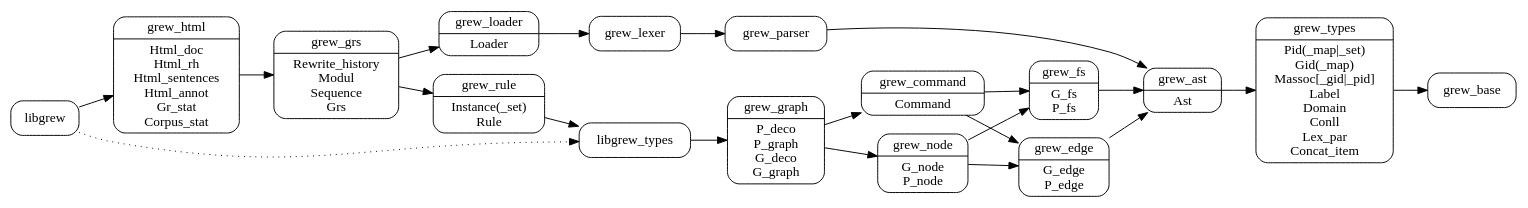
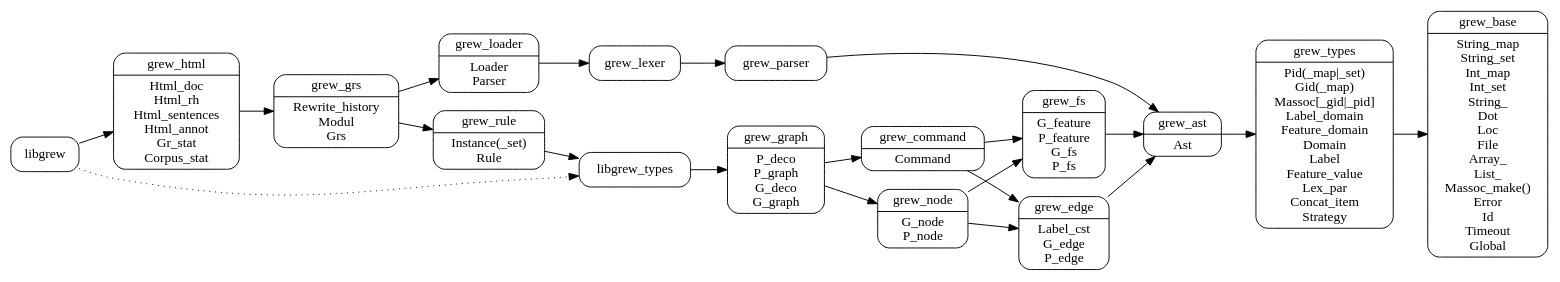
One commit to grew-nlp/grewlib changed the diagram in dev/arch.dot. Above: the diagram before and after it, drawn with Graphviz.

Commit message:
update arch

```diff
--- a/dev/arch.dot
+++ b/dev/arch.dot
@@ -1,34 +1,34 @@
 digraph grew {
   node [shape=Mrecord];
   rankdir = LR;
-  grew_base
-  grew_types [label="grew_types|Pid(_map\|_set)\nGid(_map)\nMassoc[_gid\|_pid]\nLabel\nDomain\nConll\nLex_par\nConcat_item"]
+  grew_base [label="grew_base|String_map\nString_set\nInt_map\nInt_set\nString_\nDot\nLoc\nFile\nArray_\nList_\nMassoc_make()\nError\nId\nTimeout\nGlobal"]
+  grew_types [label="grew_types|Pid(_map\|_set)\nGid(_map)\nMassoc[_gid\|_pid]\nLabel_domain\nFeature_domain\nDomain\nLabel\nFeature_value\nLex_par\nConcat_item\nStrategy"]
   grew_ast [label="grew_ast|Ast"]
-  grew_loader [label="grew_loader|Loader"]
-  grew_fs [label="grew_fs|G_fs\nP_fs"]
-  grew_edge [label="grew_edge|G_edge\nP_edge"]
+  grew_loader [label="grew_loader|Loader\nParser"]
+  grew_fs [label="grew_fs|G_feature\nP_feature\nG_fs\nP_fs"]
+  grew_edge [label="grew_edge|Label_cst\nG_edge\nP_edge"]
   grew_node [label="grew_node|G_node\nP_node"]
   grew_command [label="grew_command|Command"]
   grew_graph [label="grew_graph|P_deco\nP_graph\nG_deco\nG_graph"]
   grew_rule [label="grew_rule|Instance(_set)\nRule"]
-  grew_grs [label="grew_grs|Rewrite_history\nModul\nSequence\nGrs"]
+  grew_grs [label="grew_grs|Rewrite_history\nModul\nGrs"]
   grew_html [label="grew_html|Html_doc\nHtml_rh\nHtml_sentences\nHtml_annot\nGr_stat\nCorpus_stat"]
 
 grew_ast -> grew_types -> grew_base
 grew_edge -> grew_ast
 grew_fs -> grew_ast
 grew_command -> grew_edge
 grew_command -> grew_fs
 grew_node -> grew_edge
 grew_node -> grew_fs
 grew_graph -> grew_node
 grew_graph -> grew_command
 libgrew_types -> grew_graph
 grew_rule -> libgrew_types
 grew_grs -> grew_rule
 grew_grs -> grew_loader -> grew_lexer -> grew_parser -> grew_ast
 grew_html -> grew_grs
 libgrew -> grew_html
 
 libgrew -> libgrew_types [style=dotted]
 }
```
